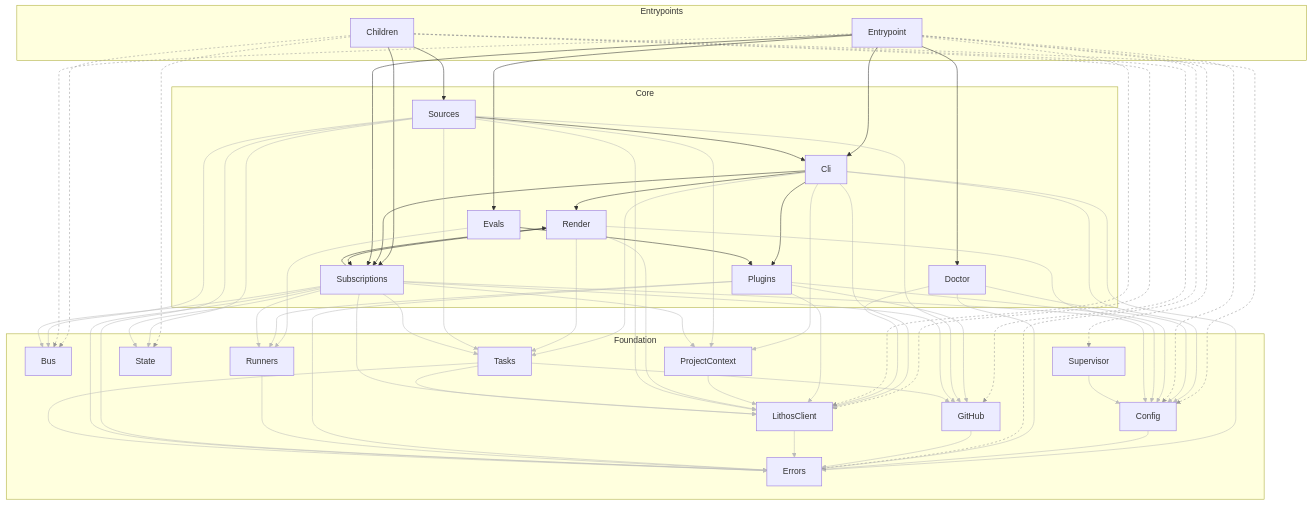
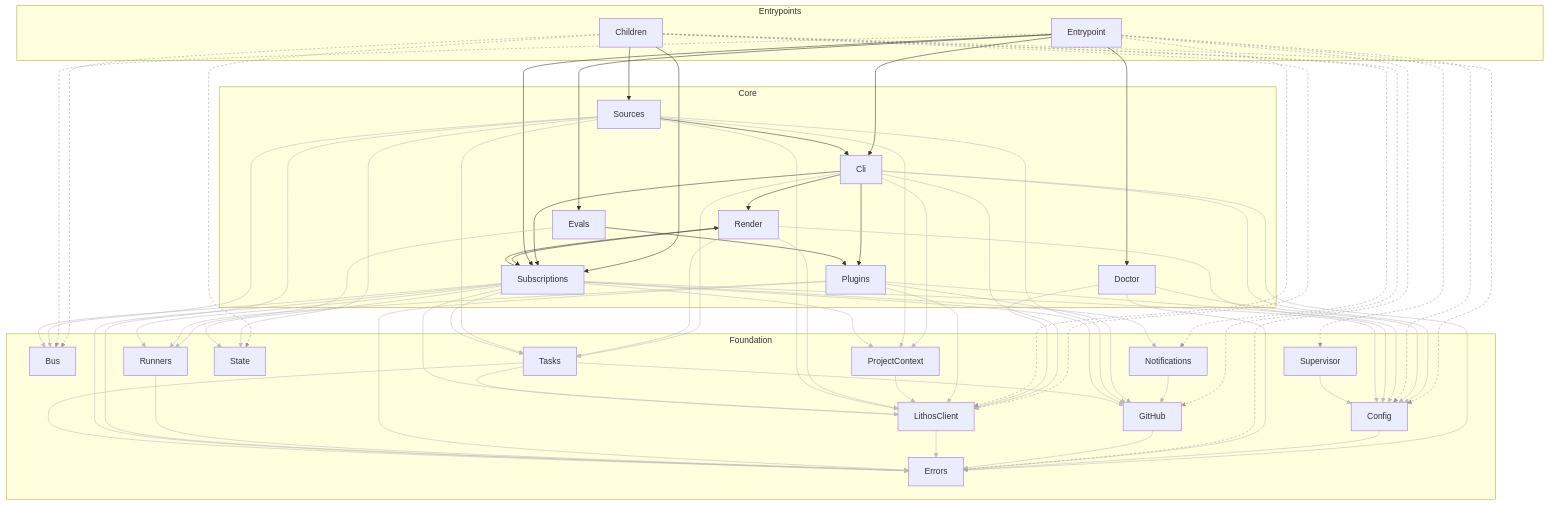
Before and after one commit to agent-lore/lithos-loom: the diagram in docs/generated/architecture.md, drawn with Mermaid. The commit also changed 40 other files, not shown here.

````diff
--- a/docs/generated/architecture.md
+++ b/docs/generated/architecture.md
@@ -24,6 +24,7 @@
     Errors
     GitHub
     LithosClient
+    Notifications
     ProjectContext
     Runners
     State
@@ -40,6 +41,7 @@
   click Evals "components/Evals.md"
   click GitHub "components/GitHub.md"
   click LithosClient "components/LithosClient.md"
+  click Notifications "components/Notifications.md"
   click Plugins "components/Plugins.md"
   click ProjectContext "components/ProjectContext.md"
   click Render "components/Render.md"
@@ -53,6 +55,7 @@
   Children --> Config
   Children --> GitHub
   Children --> LithosClient
+  Children --> Notifications
   Children --> Sources
   Children --> State
   Children --> Subscriptions
@@ -81,6 +84,7 @@
   Evals --> Runners
   GitHub --> Errors
   LithosClient --> Errors
+  Notifications --> GitHub
   Plugins --> Config
   Plugins --> Errors
   Plugins --> GitHub
@@ -105,6 +109,7 @@
   Subscriptions --> Errors
   Subscriptions --> GitHub
   Subscriptions --> LithosClient
+  Subscriptions --> Notifications
   Subscriptions --> ProjectContext
   Subscriptions --> Render
   Subscriptions --> Runners
@@ -118,22 +123,22 @@
   linkStyle 1 stroke:#999,stroke-dasharray:4
   linkStyle 2 stroke:#999,stroke-dasharray:4
   linkStyle 3 stroke:#999,stroke-dasharray:4
-  linkStyle 5 stroke:#999,stroke-dasharray:4
-  linkStyle 7 stroke:#bbb
+  linkStyle 4 stroke:#999,stroke-dasharray:4
+  linkStyle 6 stroke:#999,stroke-dasharray:4
   linkStyle 8 stroke:#bbb
   linkStyle 9 stroke:#bbb
-  linkStyle 11 stroke:#bbb
-  linkStyle 14 stroke:#bbb
+  linkStyle 10 stroke:#bbb
+  linkStyle 12 stroke:#bbb
   linkStyle 15 stroke:#bbb
   linkStyle 16 stroke:#bbb
   linkStyle 17 stroke:#bbb
   linkStyle 18 stroke:#bbb
-  linkStyle 19 stroke:#999,stroke-dasharray:4
-  linkStyle 21 stroke:#999,stroke-dasharray:4
-  linkStyle 23 stroke:#999,stroke-dasharray:4
-  linkStyle 25 stroke:#999,stroke-dasharray:4
-  linkStyle 27 stroke:#999,stroke-dasharray:4
-  linkStyle 29 stroke:#bbb
+  linkStyle 19 stroke:#bbb
+  linkStyle 20 stroke:#999,stroke-dasharray:4
+  linkStyle 22 stroke:#999,stroke-dasharray:4
+  linkStyle 24 stroke:#999,stroke-dasharray:4
+  linkStyle 26 stroke:#999,stroke-dasharray:4
+  linkStyle 28 stroke:#999,stroke-dasharray:4
   linkStyle 30 stroke:#bbb
   linkStyle 31 stroke:#bbb
   linkStyle 32 stroke:#bbb
@@ -144,11 +149,11 @@
   linkStyle 37 stroke:#bbb
   linkStyle 38 stroke:#bbb
   linkStyle 39 stroke:#bbb
+  linkStyle 40 stroke:#bbb
   linkStyle 41 stroke:#bbb
-  linkStyle 42 stroke:#bbb
   linkStyle 43 stroke:#bbb
+  linkStyle 44 stroke:#bbb
   linkStyle 45 stroke:#bbb
-  linkStyle 46 stroke:#bbb
   linkStyle 47 stroke:#bbb
   linkStyle 48 stroke:#bbb
   linkStyle 49 stroke:#bbb
@@ -159,11 +164,14 @@
   linkStyle 54 stroke:#bbb
   linkStyle 55 stroke:#bbb
   linkStyle 56 stroke:#bbb
+  linkStyle 57 stroke:#bbb
   linkStyle 58 stroke:#bbb
   linkStyle 59 stroke:#bbb
-  linkStyle 60 stroke:#bbb
   linkStyle 61 stroke:#bbb
   linkStyle 62 stroke:#bbb
   linkStyle 63 stroke:#bbb
   linkStyle 64 stroke:#bbb
+  linkStyle 65 stroke:#bbb
+  linkStyle 66 stroke:#bbb
+  linkStyle 67 stroke:#bbb
 ```
````
